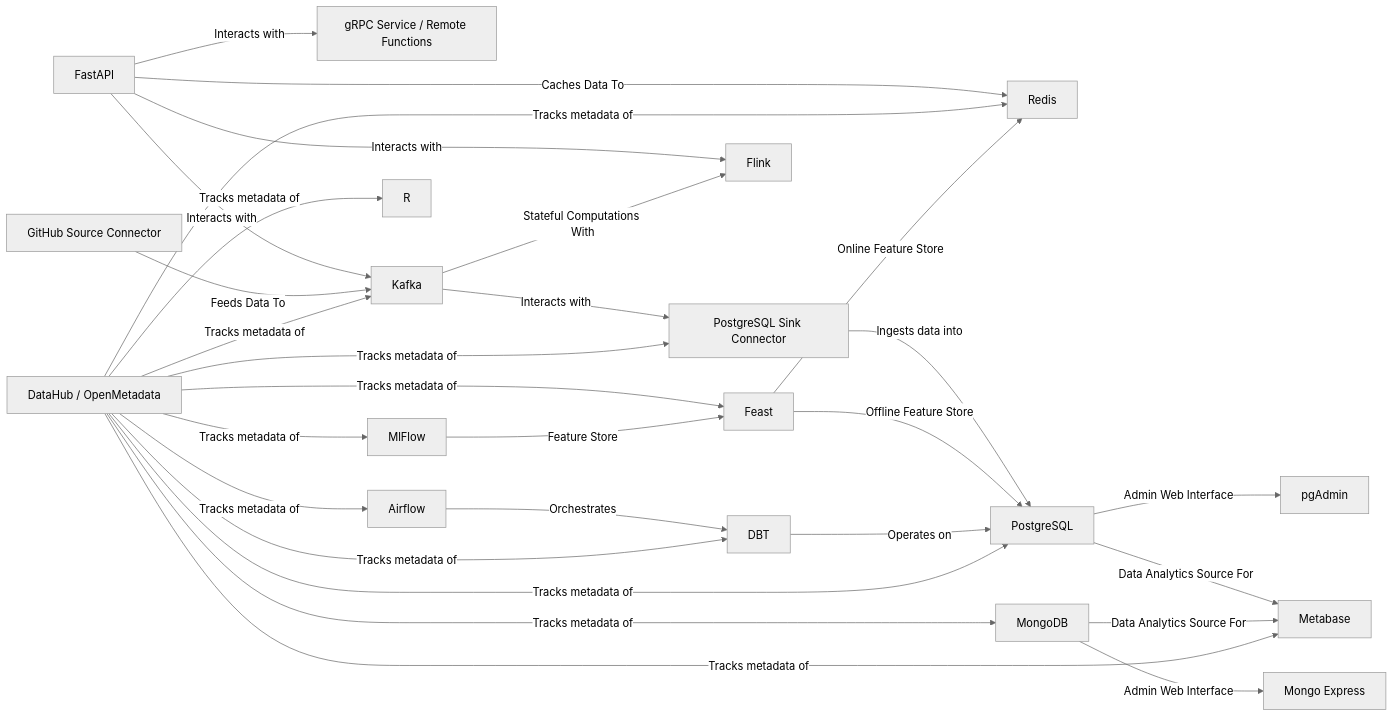
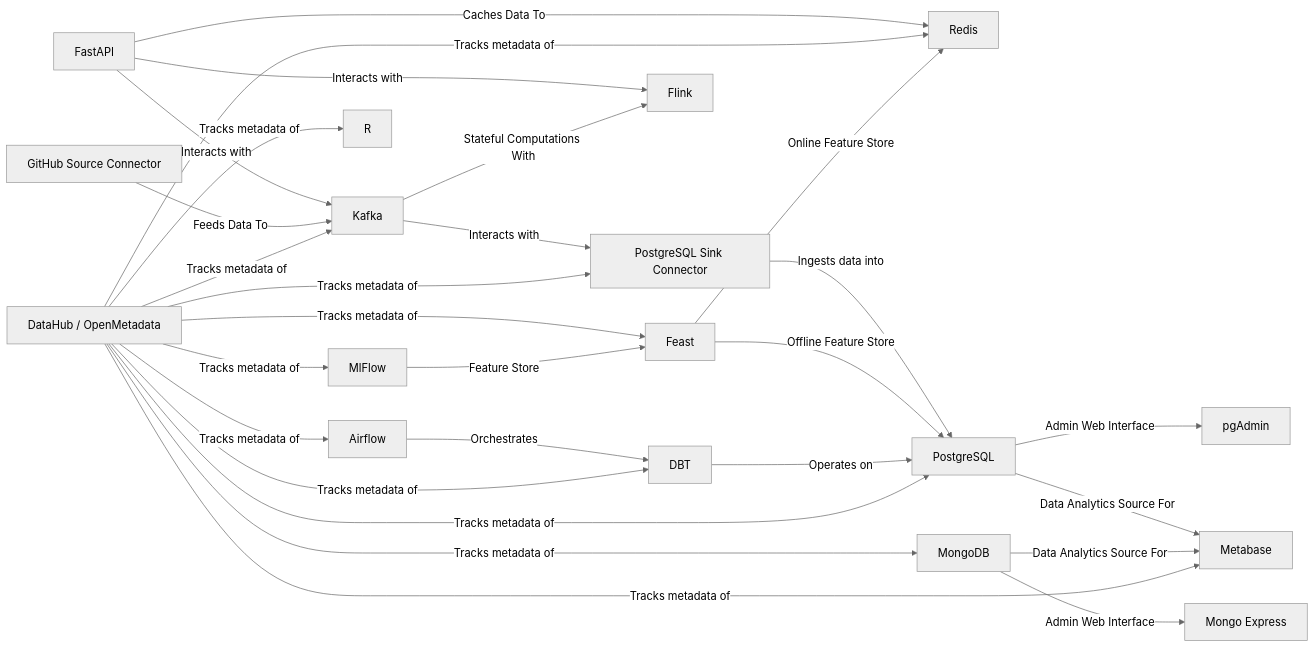
One commit to Foehammer82/tech-terrarium changed the diagram in README.md. Above: the diagram before and after it, drawn with Mermaid (neutral theme). The commit also changed 1 other file, not shown here.

Commit message:
moving to json for kafka auditing serialization, but focus on being able to switch or choose avro vs json to make adoption easier later.

````diff
--- a/README.md
+++ b/README.md
@@ -10,31 +10,30 @@
 ```mermaid
 graph LR
     A[FastAPI] -->|Caches Data To| B[Redis]
-    A -->|Interacts with| C[gRPC Service / Remote Functions]
     A -->|Interacts with| D[Kafka]
     F[GitHub Source Connector] -->|Feeds Data To| D
     D -->|Interacts with| E[PostgreSQL Sink Connector]
     E -->|Ingests data into| L[PostgreSQL]
     U -->|Offline Feature Store| L
     L -->|Admin Web Interface| M[pgAdmin]
     A -->|Interacts with| G
     D -->|Stateful Computations With| G[Flink]
     L -->|Data Analytics Source For| K[Metabase]
     I[MongoDB] -->|Admin Web Interface| J[Mongo Express]
     I -->|Data Analytics Source For| K
     O[Airflow] -->|Orchestrates| P[DBT]
     P -->|Operates on| L
     Q[DataHub / OpenMetadata] -->|Tracks metadata of| B
     Q -->|Tracks metadata of| I
     Q -->|Tracks metadata of| L
     Q -->|Tracks metadata of| K
     Q -->|Tracks metadata of| O
     Q -->|Tracks metadata of| T[MlFlow]
     Q -->|Tracks metadata of| E
     Q -->|Tracks metadata of| D
     Q -->|Tracks metadata of| P
     Q -->|Tracks metadata of| U
     Q -->|Tracks metadata of| R
     T -->|Feature Store| U[Feast]
     U -->|Online Feature Store| B
 ```
````
